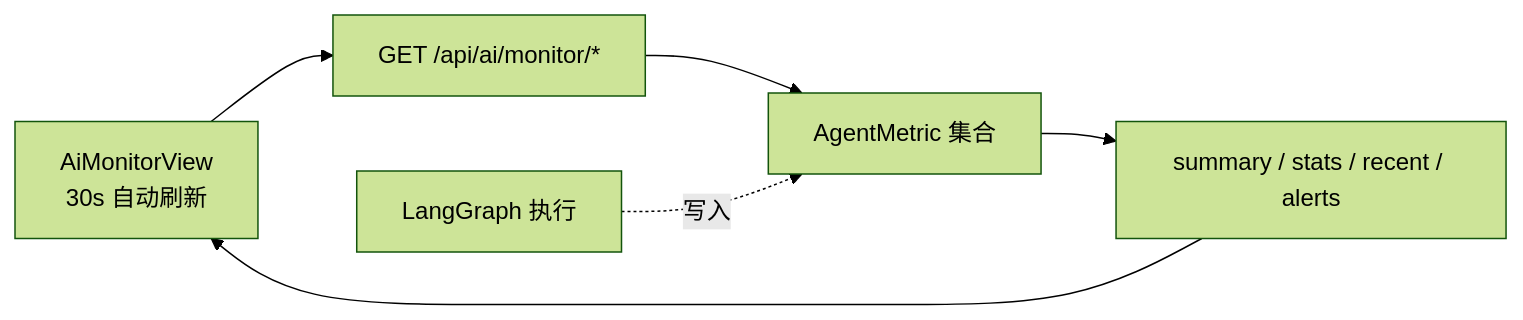
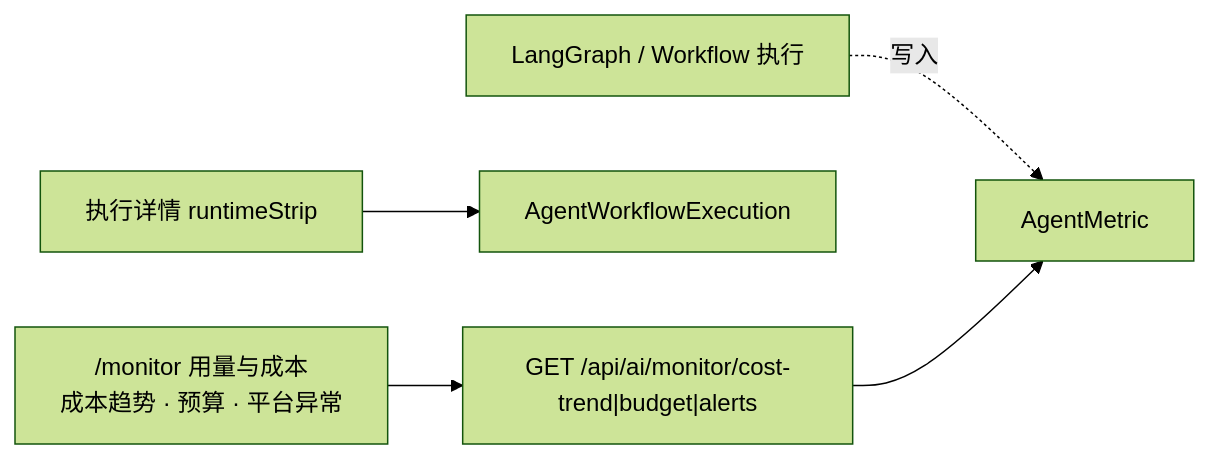
One commit to nan1010082085/ai-platform-docs changed diagram 17 of 17 in ai/design/runtime.md. Above: the diagram before and after it, drawn with Mermaid (forest theme). The commit also changed other lines of this file and 99 other files, not shown here.

````diff
--- a/ai/design/runtime.md
+++ b/ai/design/runtime.md
@@ -502,9 +505,7 @@
 ```mermaid
 flowchart LR
-  UI["AiMonitorView\n30s 自动刷新"] --> API["GET /api/ai/monitor/*"]
-  API --> Metrics["AgentMetric 集合"]
-  Metrics --> Summary["summary / stats / recent / alerts"]
-  Summary --> UI
-
-  Graph["LangGraph 执行"] -.->|写入| Metrics
+  Graph["LangGraph / Workflow 执行"] -.->|写入| Metrics["AgentMetric"]
+  ExecUI["执行详情 runtimeStrip"] --> Exec["AgentWorkflowExecution"]
+  CostUI["/monitor 用量与成本\n成本趋势 · 预算 · 平台异常"] --> API["GET /api/ai/monitor/cost-trend|budget|alerts"]
+  API --> Metrics
 ```
````
